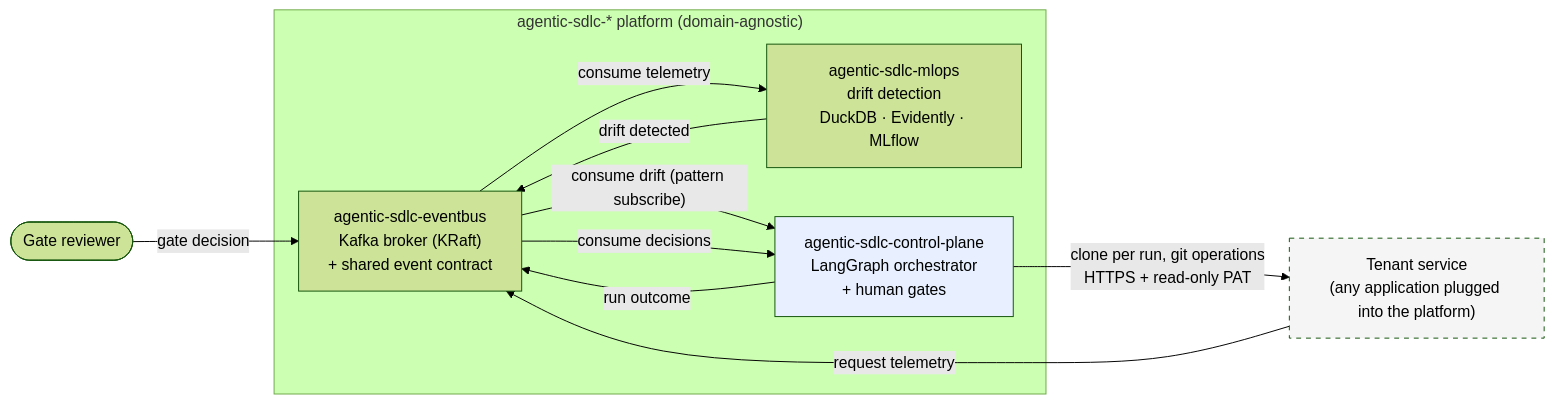
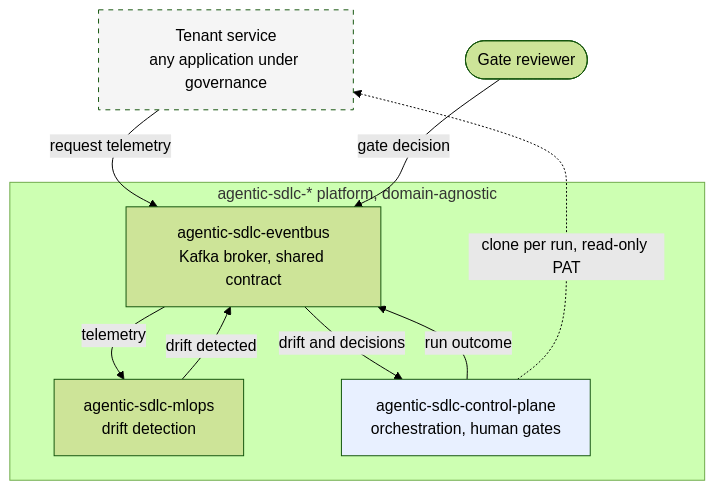
One commit to jayakumard10/agentic-sdlc-control-plane changed the first of 4 diagrams in docs/system-design.md. Above: the diagram before and after it, drawn with Mermaid (forest theme). The commit also changed other lines of this file and 1 other file, not shown here.

Commit message:
Fix diagrams rendering broken on GitHub
The system context diagram rendered as a blank panel when expanded, and
overflowed its container inline. Three compounding causes, all present in the
README's copy of the same diagram too:

An edge label contained <br/>. Mermaid handles HTML in node labels reliably but
not in edge labels, and a failure there yields a malformed SVG rather than a
visible error - which is what the empty expanded view was.

The layout was flowchart LR around a six-edge hub. The event bus has three
inbound and three outbound flows, so left-to-right forced an extremely wide
graph with edges looping over the top. Now top-to-bottom, which suits a hub.

Node labels ran to three lines, widening it further.

Also corrected: curly braces inside node label text, which can be parsed as
shape syntax, and a space inside a stroke-dasharray value.

Edge labels now use the -->|"..."| form throughout, which is better supported
than the -- "..." --> form, and the two control-plane inbound flows are drawn
as one edge with a note, since a context diagram should not carry the full
message choreography - the sequence diagram in section 7 does that.

````diff
--- a/docs/system-design.md
+++ b/docs/system-design.md
@@ -55,23 +55,22 @@
 ```mermaid
-flowchart LR
-    subgraph platform["agentic-sdlc-* platform (domain-agnostic)"]
-        EB["agentic-sdlc-eventbus<br/>Kafka broker (KRaft)<br/>+ shared event contract"]
-        MLOPS["agentic-sdlc-mlops<br/>drift detection<br/>DuckDB · Evidently · MLflow"]
-        CP["agentic-sdlc-control-plane<br/>LangGraph orchestrator<br/>+ human gates"]
+flowchart TB
+    TENANT["Tenant service<br/>any application under governance"]
+    HUMAN(["Gate reviewer"])
+
+    subgraph platform["agentic-sdlc-* platform, domain-agnostic"]
+        EB["agentic-sdlc-eventbus<br/>Kafka broker, shared contract"]
+        MLOPS["agentic-sdlc-mlops<br/>drift detection"]
+        CP["agentic-sdlc-control-plane<br/>orchestration, human gates"]
     end
 
-    TENANT["Tenant service<br/>(any application plugged into the platform)"]
-    HUMAN(["Gate reviewer"])
+    TENANT -->|"request telemetry"| EB
+    EB -->|"telemetry"| MLOPS
+    MLOPS -->|"drift detected"| EB
+    EB -->|"drift and decisions"| CP
+    CP -->|"run outcome"| EB
+    HUMAN -->|"gate decision"| EB
+    CP -.->|"clone per run, read-only PAT"| TENANT
 
-    TENANT -- "request telemetry" --> EB
-    EB -- "consume telemetry" --> MLOPS
-    MLOPS -- "drift detected" --> EB
-    EB -- "consume drift (pattern subscribe)" --> CP
-    CP -- "clone per run, git operations<br/>HTTPS + read-only PAT" --> TENANT
-    HUMAN -- "gate decision" --> EB
-    EB -- "consume decisions" --> CP
-    CP -- "run outcome" --> EB
-
-    style TENANT fill:#f5f5f5,stroke-dasharray: 5 5
+    style TENANT fill:#f5f5f5,stroke-dasharray:5 5
     style CP fill:#e8f0ff
 ```
````
